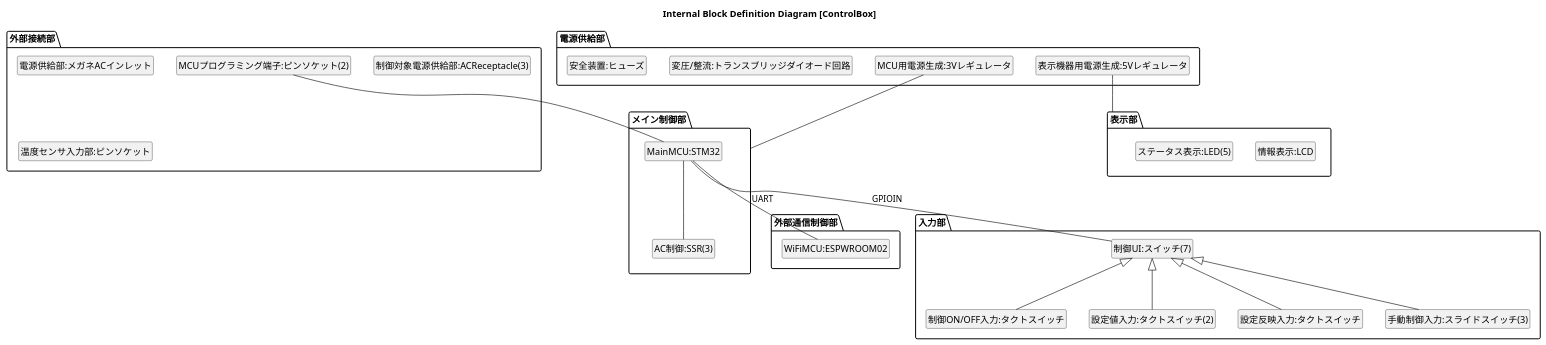
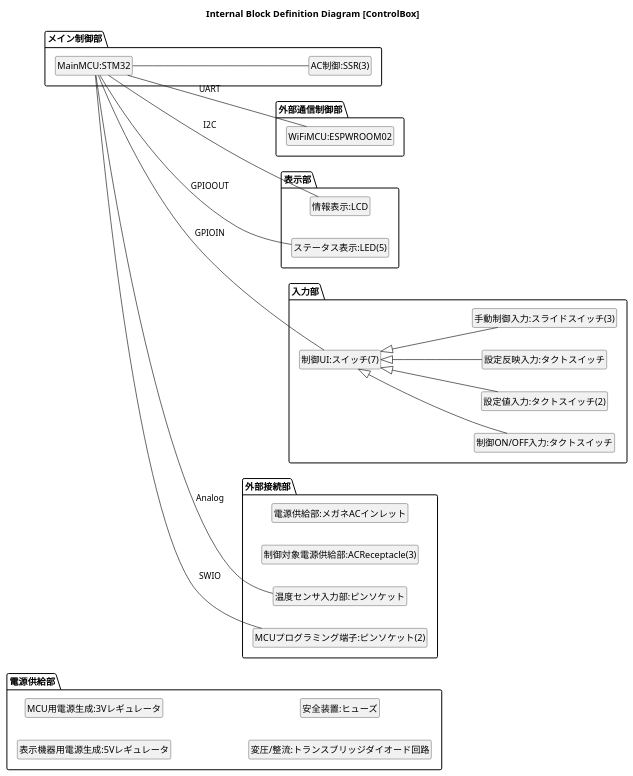
Before and after one commit to ShujiMikami/RenjiSystemProject: the diagram in RequirementsAndSpecs/BlockDiagram/InternalBlockDefinitionDiagram.plantuml, drawn with PlantUML.

Commit message:
内部ブロック図を作成

```diff
--- a/RequirementsAndSpecs/BlockDiagram/InternalBlockDefinitionDiagram.plantuml
+++ b/RequirementsAndSpecs/BlockDiagram/InternalBlockDefinitionDiagram.plantuml
@@ -1,72 +1,78 @@
 @startuml
 
 title Internal Block Definition Diagram [ControlBox]
+
+left to right direction
 
 hide circle
 hide method
 hide empty members
 
 package "メイン制御部" as PackageMainControlUnit{
   class "MainMCU:STM32" as ClassMainMCU{
   }
   class "AC制御:SSR(3)" as ClassACControler{
   }
 
   ClassMainMCU -- ClassACControler
 }
 package "外部通信制御部"{
   class "WiFiMCU:ESPWROOM02" as ClassWiFiMCU{
   }
 }
 package "表示部" as PackageIndicator{
   class "情報表示:LCD" as ClassInformationIndicate{
   }
   class "ステータス表示:LED(5)" as ClassStatusIndicate{
   }
 }
 package "入力部"{
   class "制御UI:スイッチ(7)" as ClassControlUI{
   }
   class "制御ON/OFF入力:タクトスイッチ" as ClassONOFFInput{
   }
   class "設定値入力:タクトスイッチ(2)" as ClassSettingInput{
   }
   class "設定反映入力:タクトスイッチ" as ClassSettingReflect{
   }
   class "手動制御入力:スライドスイッチ(3)" as ClassManualSettingInput{
   }
 
   ClassControlUI <|-- ClassONOFFInput
   ClassControlUI <|-- ClassSettingInput
   ClassControlUI <|-- ClassSettingReflect
   ClassControlUI <|-- ClassManualSettingInput
 }
 package "電源供給部"{
   class "表示機器用電源生成:5Vレギュレータ" as ClassPowerSourceIndicator{
   }
   class "MCU用電源生成:3Vレギュレータ" as ClassPowerSourceMCU{
   }
   class "変圧/整流:トランスブリッジダイオード回路" as ClassTransformer{
   }
   class "安全装置:ヒューズ" as ClassSafetyDevice{
   }
 }
 package "外部接続部"{
   class "電源供給部:メガネACインレット" as ClassPowerSource{
   }
   class "制御対象電源供給部:ACReceptacle(3)" as ClassPeripheralPowerSource{
   }
   class "温度センサ入力部:ピンソケット" as ClassPeripheralInput{
   }
   class "MCUプログラミング端子:ピンソケット(2)" as ClassMCUProgrammingPin{
   }
 }
 
 ClassMainMCU -- ClassControlUI : GPIOIN
 ClassMainMCU -- ClassWiFiMCU : UART
 
-ClassPowerSourceIndicator -- PackageIndicator
-ClassPowerSourceMCU -- PackageMainControlUnit
+ClassMCUProgrammingPin -- ClassMainMCU : SWIO
 
-ClassMCUProgrammingPin -- ClassMainMCU
+ClassMainMCU -- ClassStatusIndicate : GPIOOUT
+ClassMainMCU -- ClassInformationIndicate : I2C
+
+ClassMainMCU -- ClassPeripheralInput : Analog
+
+
 @enduml
```
